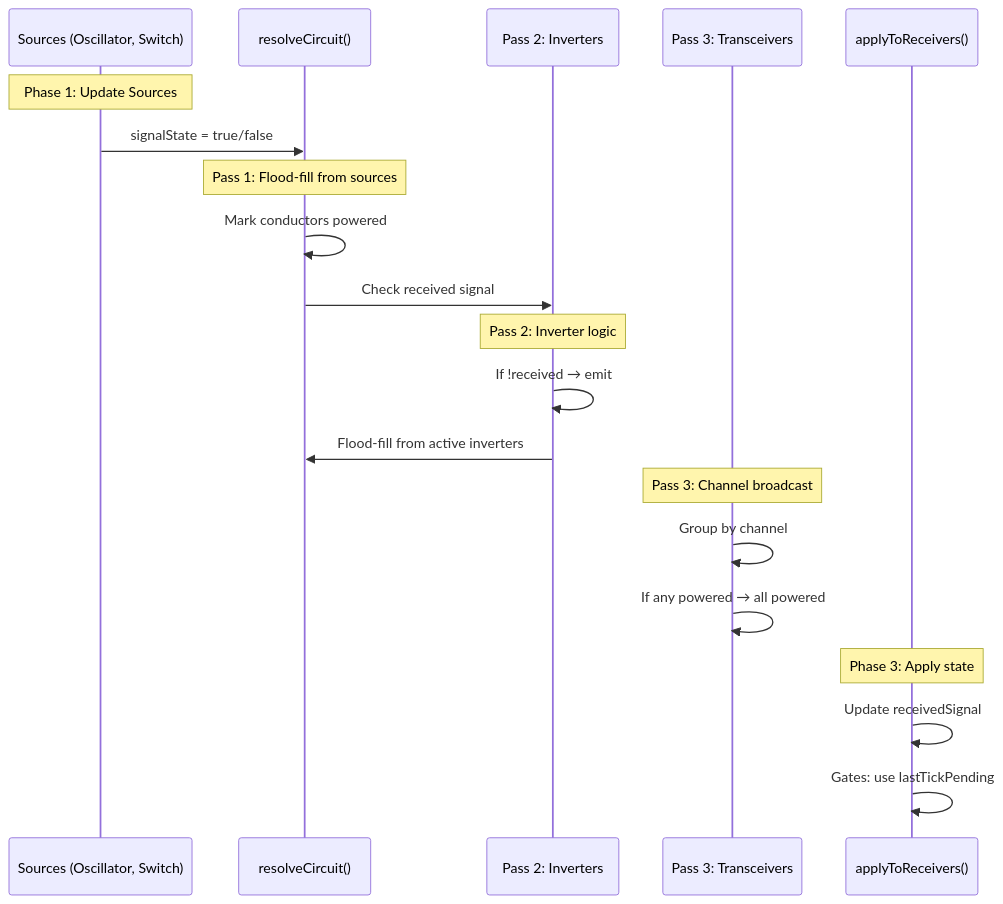
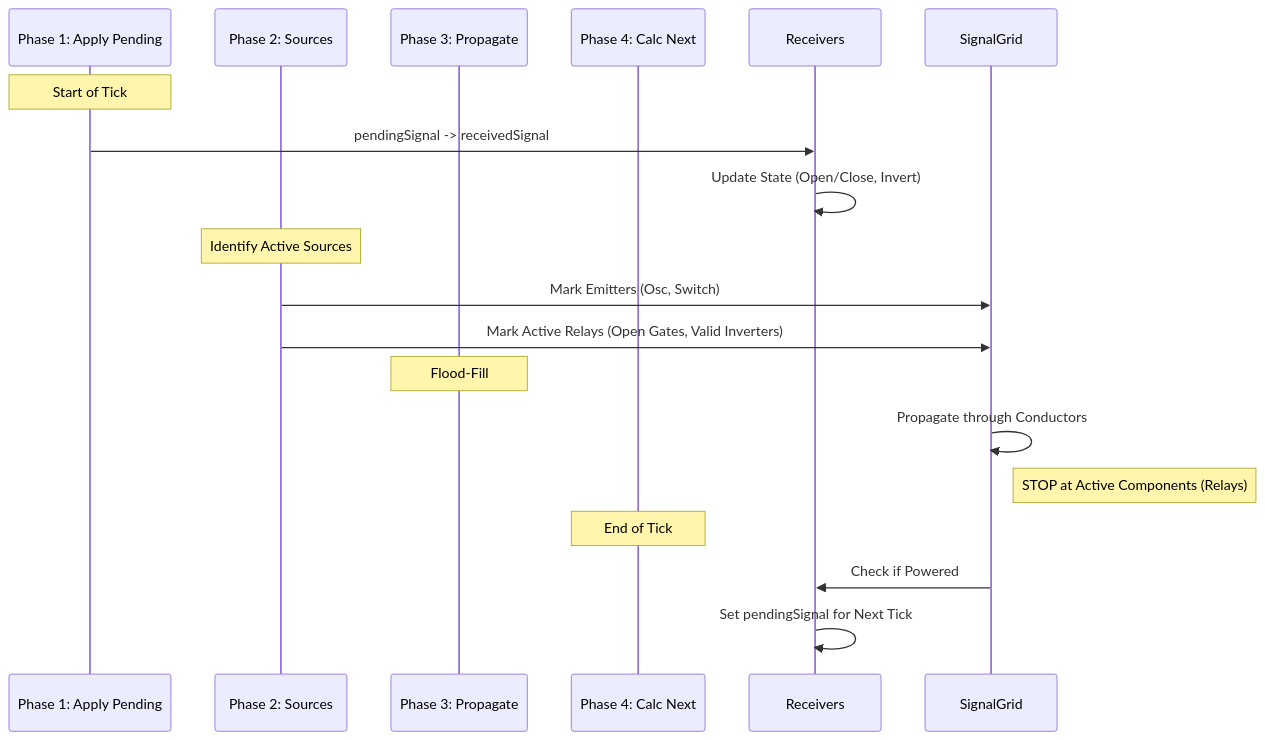
The diagram in specs/signal-flow-spec.md (neurofuzzy/linkedgrid), drawn with Mermaid before and after one commit. The commit also changed other lines of this file and 11 other files, not shown here.

````diff
--- a/specs/signal-flow-spec.md
+++ b/specs/signal-flow-spec.md
@@ -7,27 +12,23 @@
 ```mermaid
 sequenceDiagram
-    participant Sources as Sources (Oscillator, Switch)
-    participant Circuit as resolveCircuit()
-    participant Inverters as Pass 2: Inverters
-    participant TX as Pass 3: Transceivers
-    participant Receivers as applyToReceivers()
+    participant P1 as Phase 1: Apply Pending
+    participant P2 as Phase 2: Sources
+    participant P3 as Phase 3: Propagate
+    participant P4 as Phase 4: Calc Next
 
-    Note over Sources: Phase 1: Update Sources
-    Sources->>Circuit: signalState = true/false
-    
-    Note over Circuit: Pass 1: Flood-fill from sources
-    Circuit->>Circuit: Mark conductors powered
-    Circuit->>Inverters: Check received signal
-    
-    Note over Inverters: Pass 2: Inverter logic
-    Inverters->>Inverters: If !received → emit
-    Inverters->>Circuit: Flood-fill from active inverters
-    
-    Note over TX: Pass 3: Channel broadcast
-    TX->>TX: Group by channel
-    TX->>TX: If any powered → all powered
-    
-    Note over Receivers: Phase 3: Apply state
-    Receivers->>Receivers: Update receivedSignal
-    Receivers->>Receivers: Gates: use lastTickPending
+    Note over P1: Start of Tick
+    P1->>Receivers: pendingSignal -> receivedSignal
+    Receivers->>Receivers: Update State (Open/Close, Invert)
+
+    Note over P2: Identify Active Sources
+    P2->>SignalGrid: Mark Emitters (Osc, Switch)
+    P2->>SignalGrid: Mark Active Relays (Open Gates, Valid Inverters)
+
+    Note over P3: Flood-Fill
+    SignalGrid->>SignalGrid: Propagate through Conductors
+    Note right of SignalGrid: STOP at Active Components (Relays)
+
+    Note over P4: End of Tick
+    SignalGrid->>Receivers: Check if Powered
+    Receivers->>Receivers: Set pendingSignal for Next Tick
 ```
````
